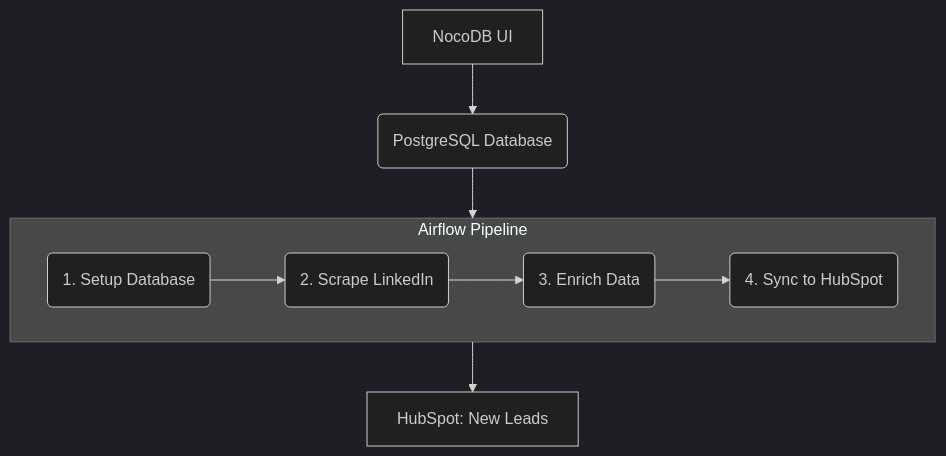
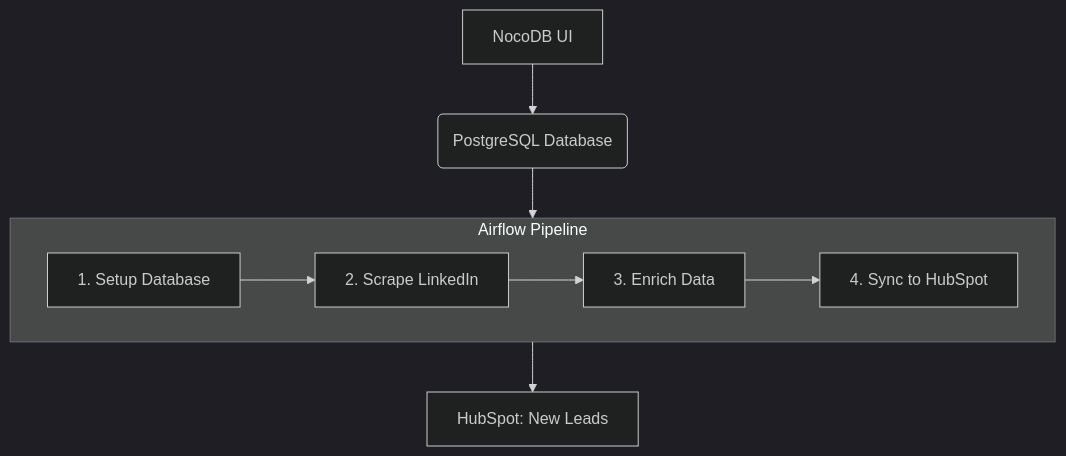
The diagram in README.md (tom-youngblood/linkedin-analytics-airflow), drawn with Mermaid (dark theme) before and after one commit.

````diff
--- a/README.md
+++ b/README.md
@@ -51,14 +51,14 @@
 ```mermaid
 graph TD
     A[NocoDB UI] --> B(PostgreSQL Database);
     
     subgraph Airflow Pipeline
         direction LR
-        C(1. Setup Database) --> D(2. Scrape LinkedIn);
-        D --> E(3. Enrich Data);
-        E --> F(4. Sync to HubSpot);
+        C["1. Setup Database"] --> D["2. Scrape LinkedIn"];
+        D --> E["3. Enrich Data"];
+        E --> F["4. Sync to HubSpot"];
     end
 
     B --> C;
     F --> G[HubSpot: New Leads];
 ```
````
